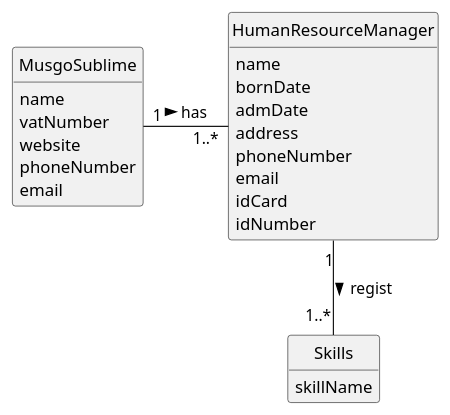
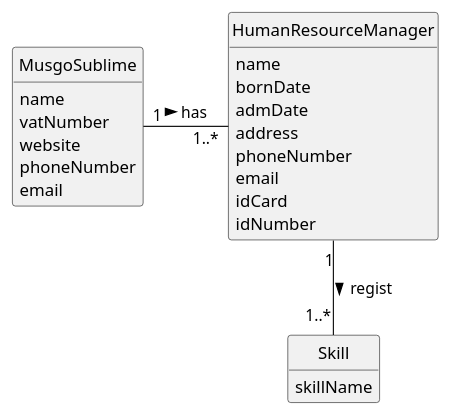
Before and after one commit to 1231360-ISEP/lei-24-s2-1db-g021: the diagram in docs/sprintA/us001/02.analysis/puml/us001-domain-model.puml, drawn with PlantUML. The commit also changed 3 other files, not shown here.

```diff
--- a/docs/sprintA/us001/02.analysis/puml/us001-domain-model.puml
+++ b/docs/sprintA/us001/02.analysis/puml/us001-domain-model.puml
@@ -1,38 +1,38 @@
 @startuml
 skinparam monochrome true
 skinparam packageStyle rectangle
 skinparam shadowing false
 
 skinparam classAttributeIconSize 0
 
 hide circle
 hide methods
 
 class MusgoSublime {
     name
     vatNumber
     website
     phoneNumber
     email
 }
 
 class HumanResourceManager {
     name
     bornDate
     admDate
     address
     phoneNumber
     email
     idCard
     idNumber
 }
 
-class Skills {
+class Skill {
     skillName
 }
 
 
 MusgoSublime "1" - "1..*" HumanResourceManager: has >
-HumanResourceManager "1" -- "1..*" Skills : regist >
+HumanResourceManager "1" -- "1..*" Skill : regist >
 
 @enduml
```
